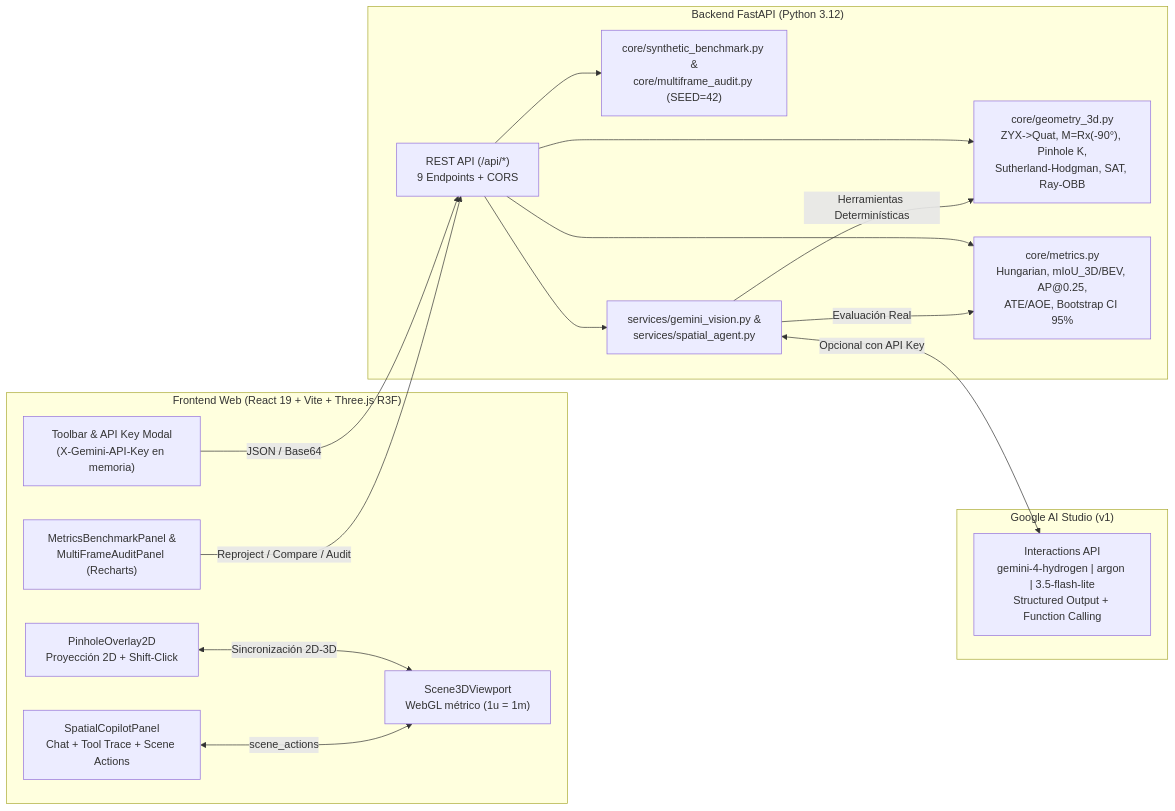
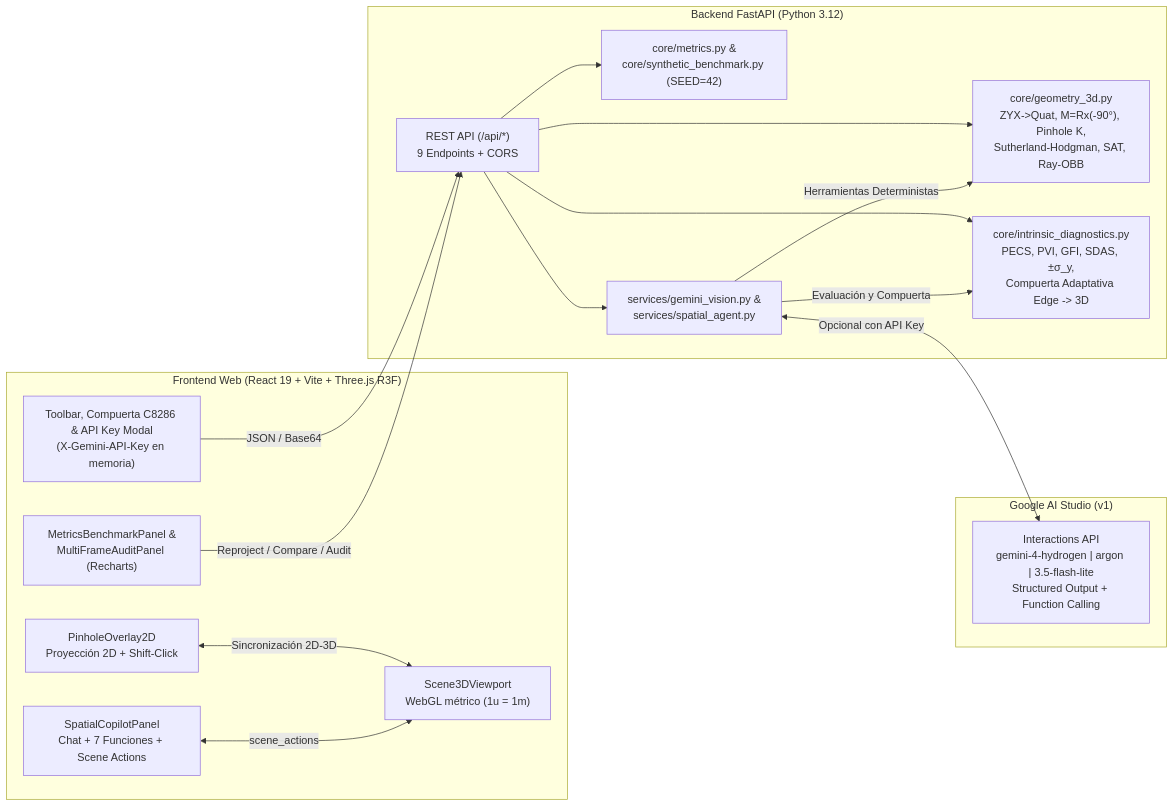
The diagram in README.md (dariohuerta84/MyLeenTo3), drawn with Mermaid before and after one commit. The commit also changed other lines of this file and 19 other files, not shown here.

````diff
--- a/README.md
+++ b/README.md
@@ -30,35 +38,35 @@
 ```mermaid
 flowchart LR
     subgraph Client["Frontend Web (React 19 + Vite + Three.js R3F)"]
-        UI["Toolbar & API Key Modal\n(X-Gemini-API-Key en memoria)"]
+        UI["Toolbar, Compuerta C8286 & API Key Modal\n(X-Gemini-API-Key en memoria)"]
         V2D["PinholeOverlay2D\nProyección 2D + Shift-Click"]
         V3D["Scene3DViewport\nWebGL métrico (1u = 1m)"]
-        COP["SpatialCopilotPanel\nChat + Tool Trace + Scene Actions"]
+        COP["SpatialCopilotPanel\nChat + 7 Funciones + Scene Actions"]
         MET["MetricsBenchmarkPanel &\nMultiFrameAuditPanel (Recharts)"]
     end
 
     subgraph Backend["Backend FastAPI (Python 3.12)"]
         API["REST API (/api/*)\n9 Endpoints + CORS"]
         GEO["core/geometry_3d.py\nZYX->Quat, M=Rx(-90°), Pinhole K,\nSutherland-Hodgman, SAT, Ray-OBB"]
-        MTR["core/metrics.py\nHungarian, mIoU_3D/BEV, AP@0.25,\nATE/AOE, Bootstrap CI 95%"]
-        SYN["core/synthetic_benchmark.py &\ncore/multiframe_audit.py (SEED=42)"]
+        DIA["core/intrinsic_diagnostics.py\nPECS, PVI, GFI, SDAS, ±σ_y,\nCompuerta Adaptativa Edge -> 3D"]
+        MTR["core/metrics.py &\ncore/synthetic_benchmark.py (SEED=42)"]
         SVC["services/gemini_vision.py &\nservices/spatial_agent.py"]
     end
 
     subgraph Cloud["Google AI Studio (v1)"]
         INT["Interactions API\ngemini-4-hydrogen | argon | 3.5-flash-lite\nStructured Output + Function Calling"]
     end
 
     UI -->|JSON / Base64| API
     V2D <-->|Sincronización 2D-3D| V3D
     COP <-->|scene_actions| V3D
     MET -->|Reproject / Compare / Audit| API
 
     API --> GEO
+    API --> DIA
     API --> MTR
-    API --> SYN
     API --> SVC
     SVC <-->|Opcional con API Key| INT
-    SVC -->|Herramientas Determinísticas| GEO
-    SVC -->|Evaluación Real| MTR
+    SVC -->|Herramientas Deterministas| GEO
+    SVC -->|Evaluación y Compuerta| DIA
 ```
````
